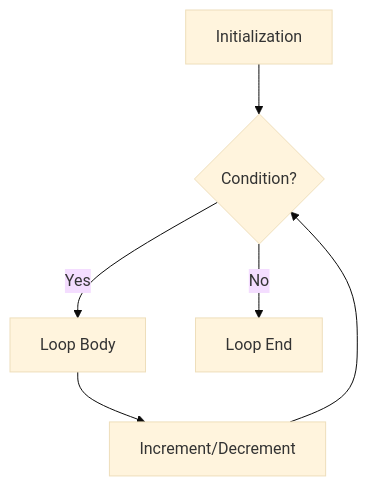
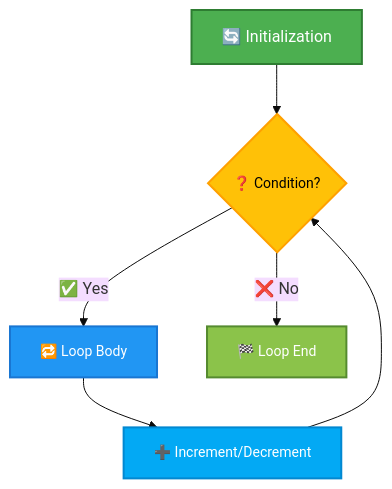
Diagram 12 of 18 in _posts/2024-11-28-c-control-statements-decision-making.md (infoyouth/infoyouth.github.io), drawn with Mermaid (base theme) before and after one commit. The commit also changed other lines of this file, not shown here.

````diff
--- a/_posts/2024-11-28-c-control-statements-decision-making.md
+++ b/_posts/2024-11-28-c-control-statements-decision-making.md
@@ -1311,8 +1483,15 @@
 ```mermaid
 graph TD
-    A[Initialization] --> B{Condition?};
-    B -- Yes --> C[Loop Body];
-    C --> D[Increment/Decrement];
+    A[🔄 Initialization] --> B{❓ Condition?};
+    B -- ✅ Yes --> C[🔁 Loop Body];
+    C --> D[➕ Increment/Decrement];
     D --> B;
-    B -- No --> E[Loop End];
+    B -- ❌ No --> E[🏁 Loop End];
+
+    style A fill:#4CAF50,stroke:#2E7D32,stroke-width:2px,color:#FFFFFF,font-size:16px
+    style B fill:#FFC107,stroke:#FFA000,stroke-width:2px,color:#000000,font-size:14px
+    style C fill:#2196F3,stroke:#1976D2,stroke-width:2px,color:#FFFFFF,font-size:14px
+    style D fill:#03A9F4,stroke:#0288D1,stroke-width:2px,color:#FFFFFF,font-size:14px
+    style E fill:#8BC34A,stroke:#558B2F,stroke-width:2px,color:#FFFFFF,font-size:14px
+
 ```
````
